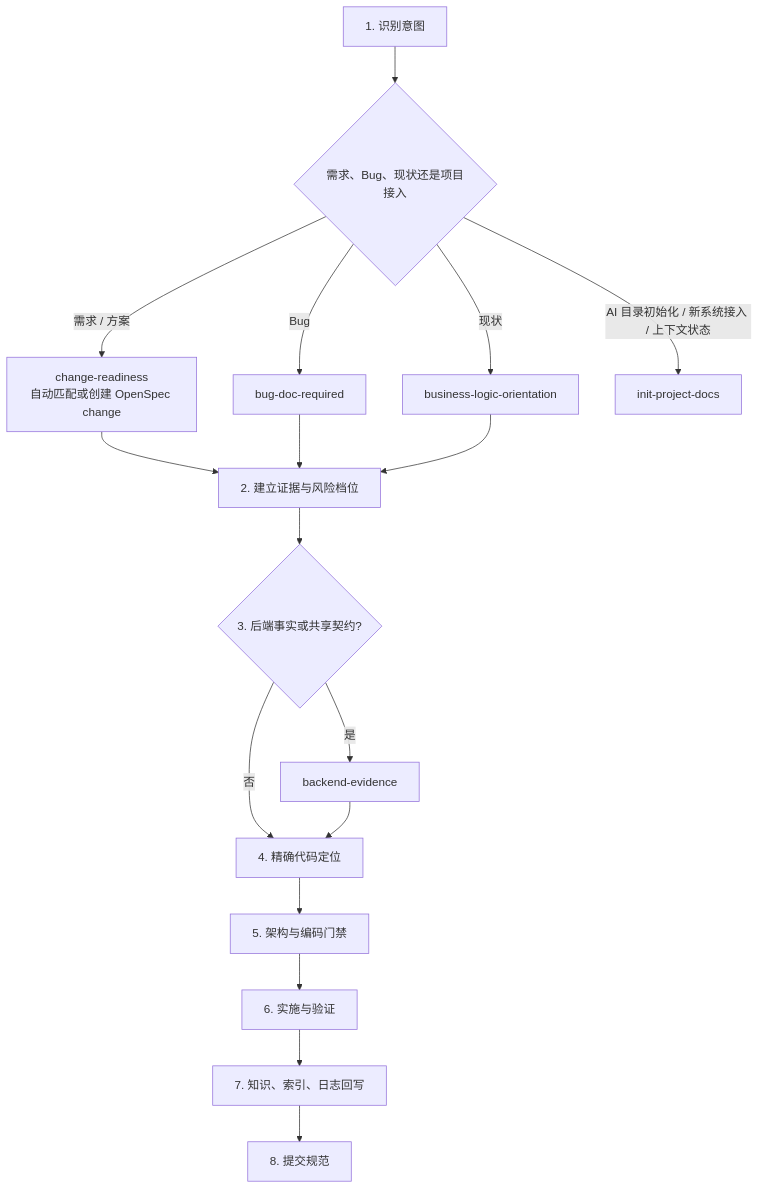
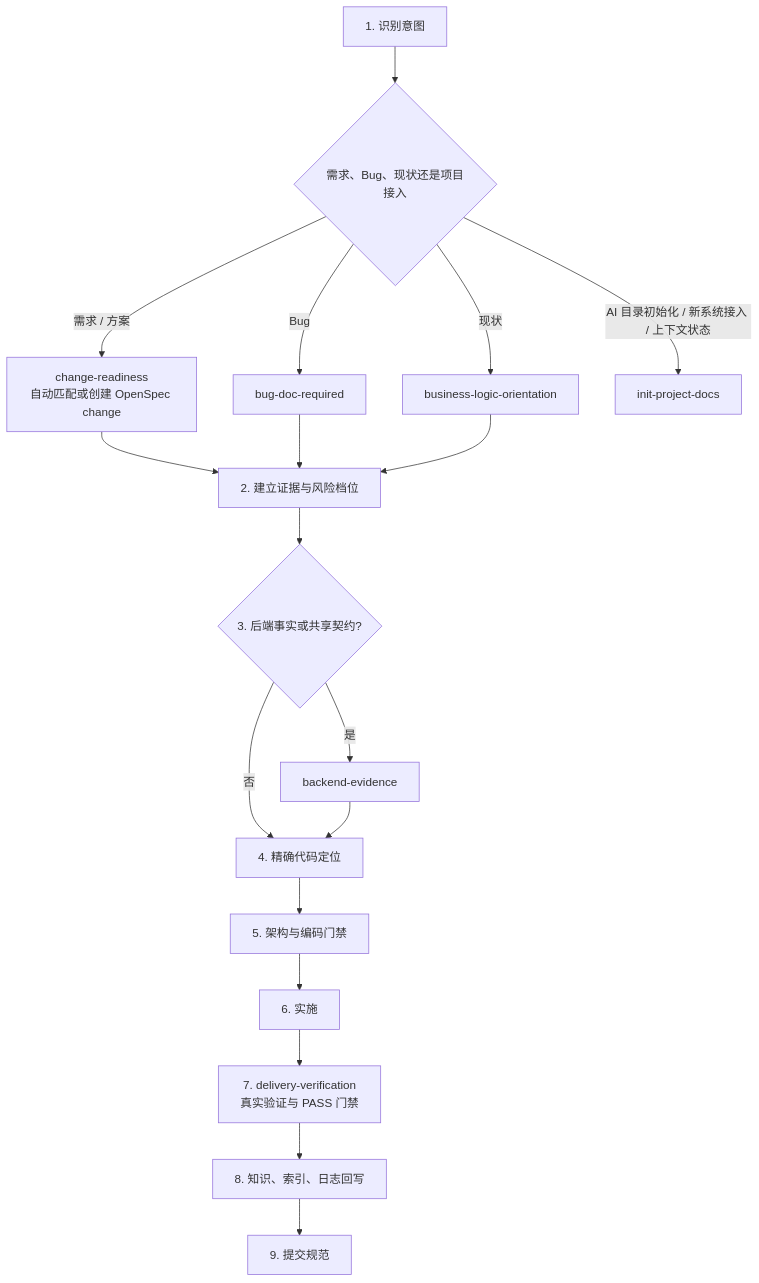
Before and after one commit to exception-coder/team-standards: the first of 2 diagrams in docs/skill-flow.md, drawn with Mermaid. The commit also changed other lines of this file and 13 other files, not shown here.

````diff
--- a/docs/skill-flow.md
+++ b/docs/skill-flow.md
@@ -7,19 +7,20 @@
 ```mermaid
 flowchart TD
     A["1. 识别意图"] --> B{"需求、Bug、现状还是项目接入"}
     B -->|"需求 / 方案"| C["change-readiness\n自动匹配或创建 OpenSpec change"]
     B -->|"Bug"| D["bug-doc-required"]
     B -->|"现状"| E["business-logic-orientation"]
     B -->|"AI 目录初始化 / 新系统接入 / 上下文状态"| F["init-project-docs"]
     C --> G["2. 建立证据与风险档位"]
     D --> G
     E --> G
     G --> H{"3. 后端事实或共享契约?"}
     H -->|"是"| I["backend-evidence"]
     H -->|"否"| J["4. 精确代码定位"]
     I --> J
     J --> K["5. 架构与编码门禁"]
-    K --> L["6. 实施与验证"]
-    L --> M["7. 知识、索引、日志回写"]
-    M --> N["8. 提交规范"]
+    K --> L["6. 实施"]
+    L --> V["7. delivery-verification\n真实验证与 PASS 门禁"]
+    V --> M["8. 知识、索引、日志回写"]
+    M --> N["9. 提交规范"]
 ```
````
